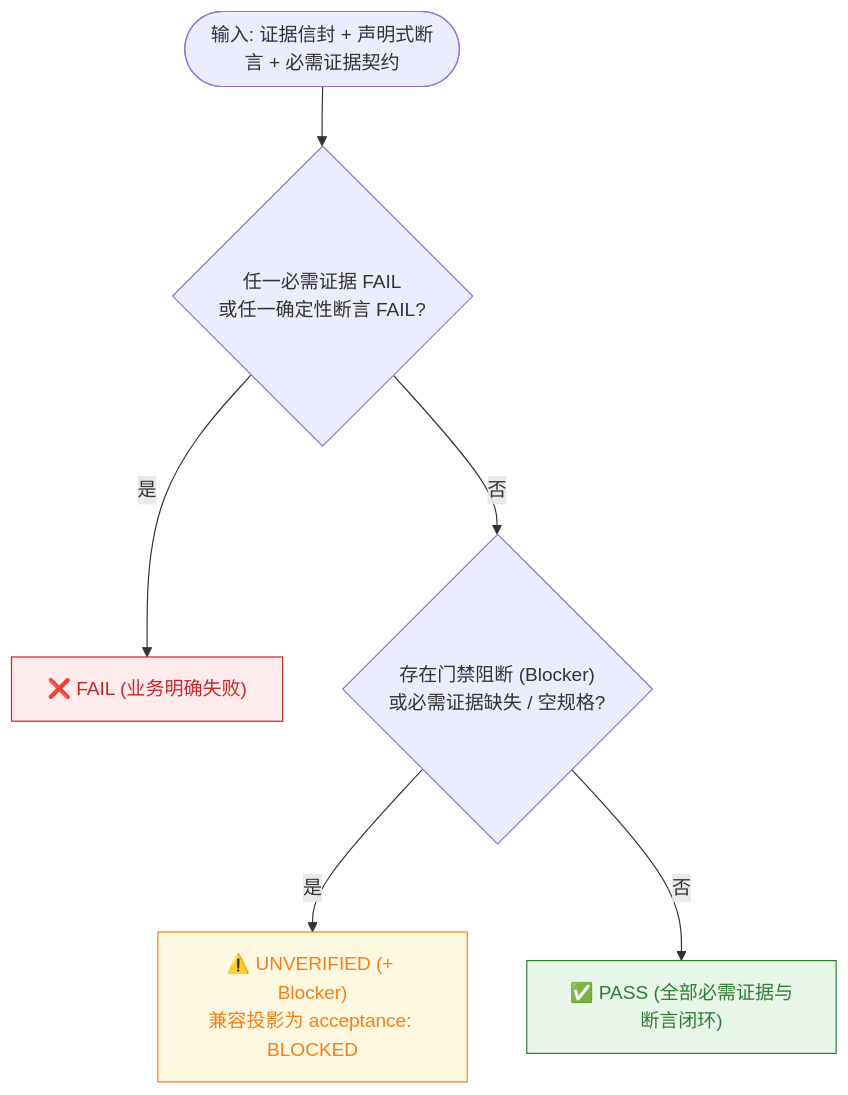
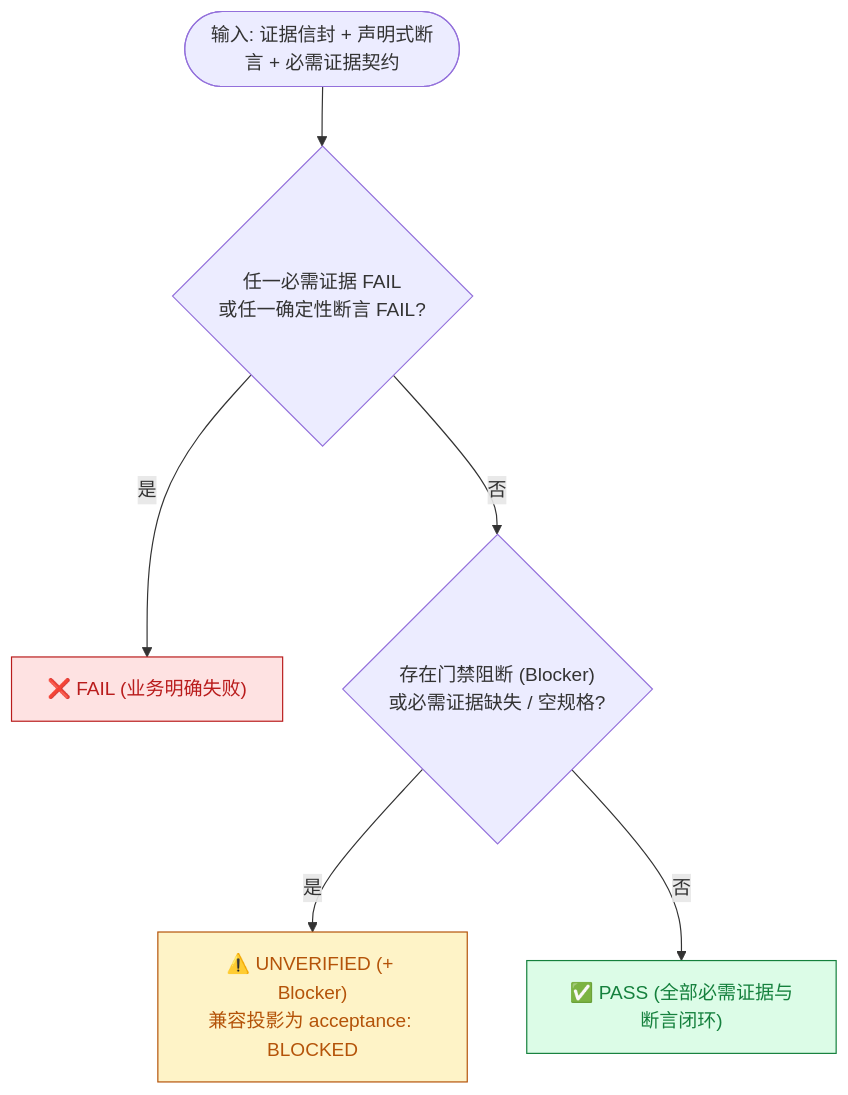
Before and after one commit to CAoyinggo/Ai-DevTest: the fourth of 4 diagrams in README.md, drawn with Mermaid. The commit also changed other lines of this file, not shown here.

Commit message:
docs(readme): rewrite README with architecture topology and verdict state machine diagrams

````diff
--- a/README.md
+++ b/README.md
@@ -105,12 +221,12 @@
 ```mermaid
 flowchart TD
     START(["输入: 证据信封 + 声明式断言 + 必需证据契约"]) --> CRIT{"任一必需证据 FAIL<br>或任一确定性断言 FAIL?"}
     CRIT -- 是 --> FAIL["❌ FAIL (业务明确失败)"]
     CRIT -- 否 --> BLOCK{"存在门禁阻断 (Blocker)<br>或必需证据缺失 / 空规格?"}
     BLOCK -- 是 --> UNVER["⚠️ UNVERIFIED (+ Blocker)<br>兼容投影为 acceptance: BLOCKED"]
     BLOCK -- 否 --> PASS["✅ PASS (全部必需证据与断言闭环)"]
 
-    style FAIL fill:#ffebee,stroke:#c62828,color:#c62828
-    style UNVER fill:#fff8e1,stroke:#f57f17,color:#f57f17
-    style PASS fill:#e8f5e9,stroke:#2e7d32,color:#2e7d32
+    style FAIL fill:#fee2e2,stroke:#b91c1c,color:#b91c1c
+    style UNVER fill:#fef3c7,stroke:#b45309,color:#b45309
+    style PASS fill:#dcfce7,stroke:#15803d,color:#15803d
 ```
````
